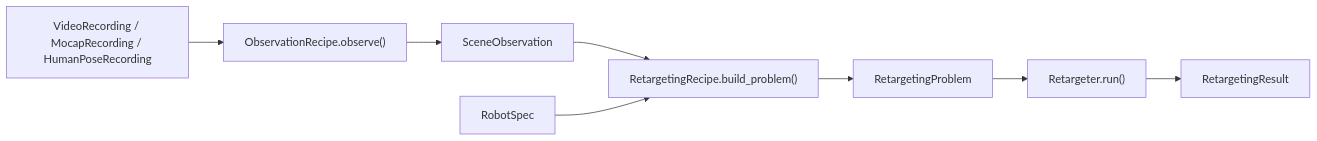
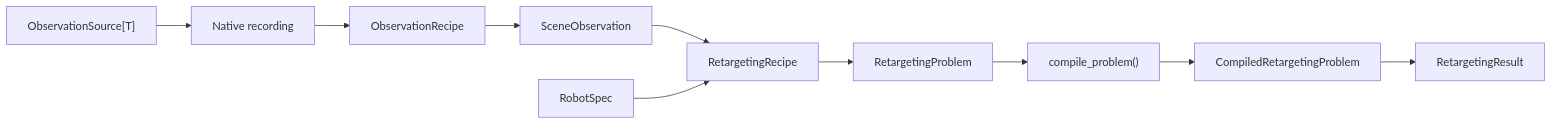
One commit to ryanrudes/retarget changed the diagram in docs/architecture.md. Above: the diagram before and after it, drawn with Mermaid. The commit also changed other lines of this file and 127 other files, not shown here.

````diff
--- a/docs/architecture.md
+++ b/docs/architecture.md
@@ -6,13 +5,15 @@
 ```mermaid
 flowchart LR
-  native["VideoRecording / MocapRecording / HumanPoseRecording"]
-  observe["ObservationRecipe.observe()"]
+  source["ObservationSource[T]"]
+  native["Native recording"]
+  observe["ObservationRecipe"]
   scene["SceneObservation"]
-  adapt["RetargetingRecipe.build_problem()"]
+  adapt["RetargetingRecipe"]
   problem["RetargetingProblem"]
-  run["Retargeter.run()"]
+  compile["compile_problem()"]
+  backend["CompiledRetargetingProblem"]
   result["RetargetingResult"]
 
-  native --> observe --> scene --> adapt --> problem --> run --> result
+  source --> native --> observe --> scene --> adapt --> problem --> compile --> backend --> result
   robot["RobotSpec"] --> adapt
 ```
````
